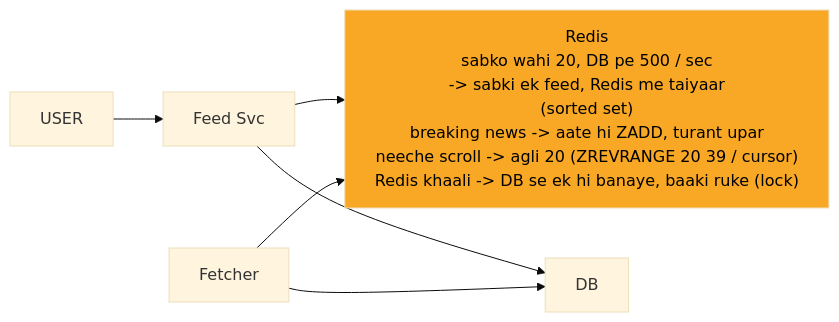
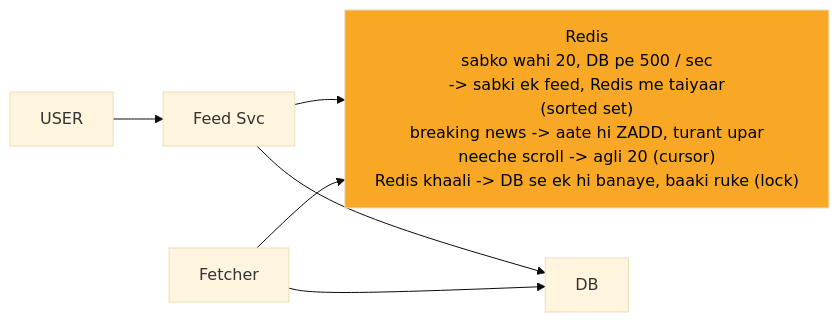
The second of 11 diagrams in 04_HLD/SYSTEM_DESIGNS/08_news_aggregator/08_news_aggregator_INTERVIEW.md (ArpanMaheshwari144/Prep), drawn with Mermaid (base theme) before and after one commit. The commit also changed other lines of this file and 13 other files, not shown here.

````diff
--- a/04_HLD/SYSTEM_DESIGNS/08_news_aggregator/08_news_aggregator_INTERVIEW.md
+++ b/04_HLD/SYSTEM_DESIGNS/08_news_aggregator/08_news_aggregator_INTERVIEW.md
@@ -85,15 +85,15 @@
 ```mermaid
 %%{init: {"flowchart": {"wrappingWidth": 450}}}%%
 flowchart LR
     n_USER["USER"]
     n_Feed_Svc["Feed Svc"]
-    n_Redis["Redis<br/>sabko wahi 20, DB pe 500 / sec<br/>-> sabki ek feed, Redis me taiyaar<br/>(sorted set)<br/>breaking news -> aate hi ZADD, turant upar<br/>neeche scroll -> agli 20 (ZREVRANGE 20 39 / cursor)<br/>Redis khaali -> DB se ek hi banaye, baaki ruke (lock)"]
+    n_Redis["Redis<br/>sabko wahi 20, DB pe 500 / sec<br/>-> sabki ek feed, Redis me taiyaar<br/>(sorted set)<br/>breaking news -> aate hi ZADD, turant upar<br/>neeche scroll -> agli 20 (cursor)<br/>Redis khaali -> DB se ek hi banaye, baaki ruke (lock)"]
     n_DB["DB"]
     n_Fetcher["Fetcher"]
     n_USER --> n_Feed_Svc
     n_Feed_Svc --> n_Redis
     n_Feed_Svc --> n_DB
     n_Fetcher --> n_DB
     n_Fetcher --> n_Redis
     style n_Redis fill:#f9a825,color:#000
 ```
````
